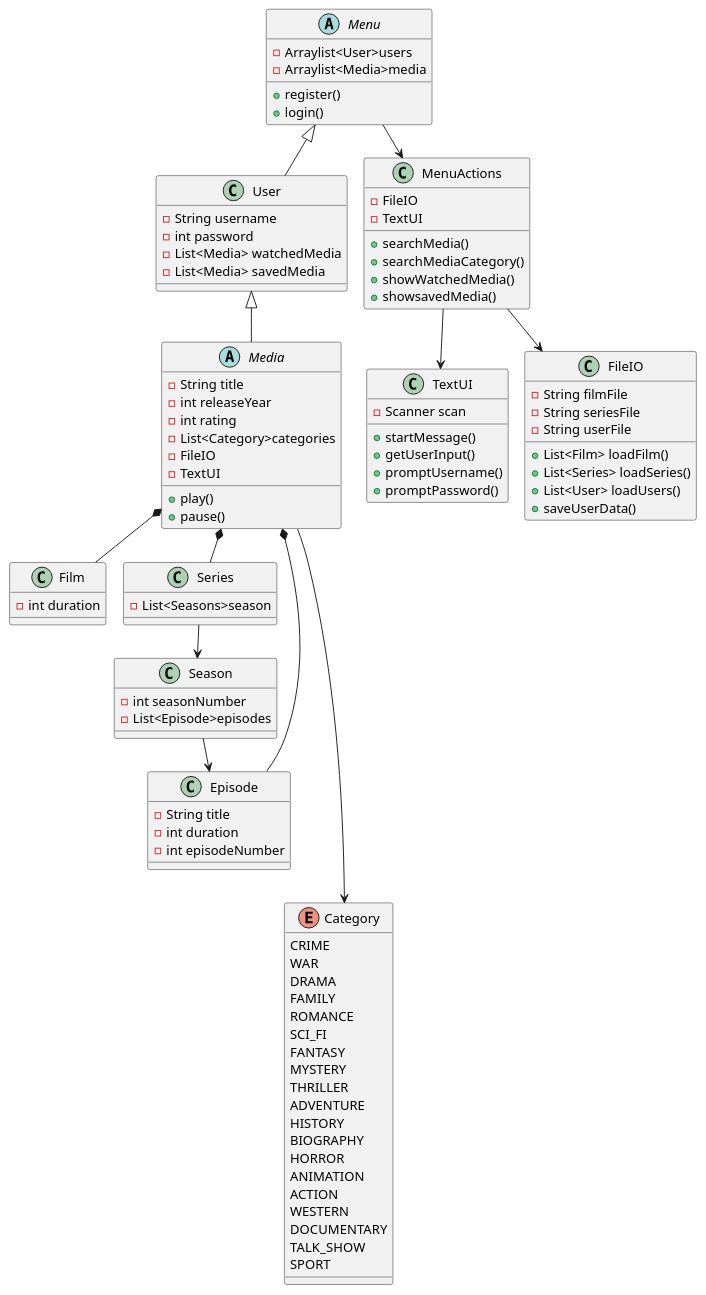
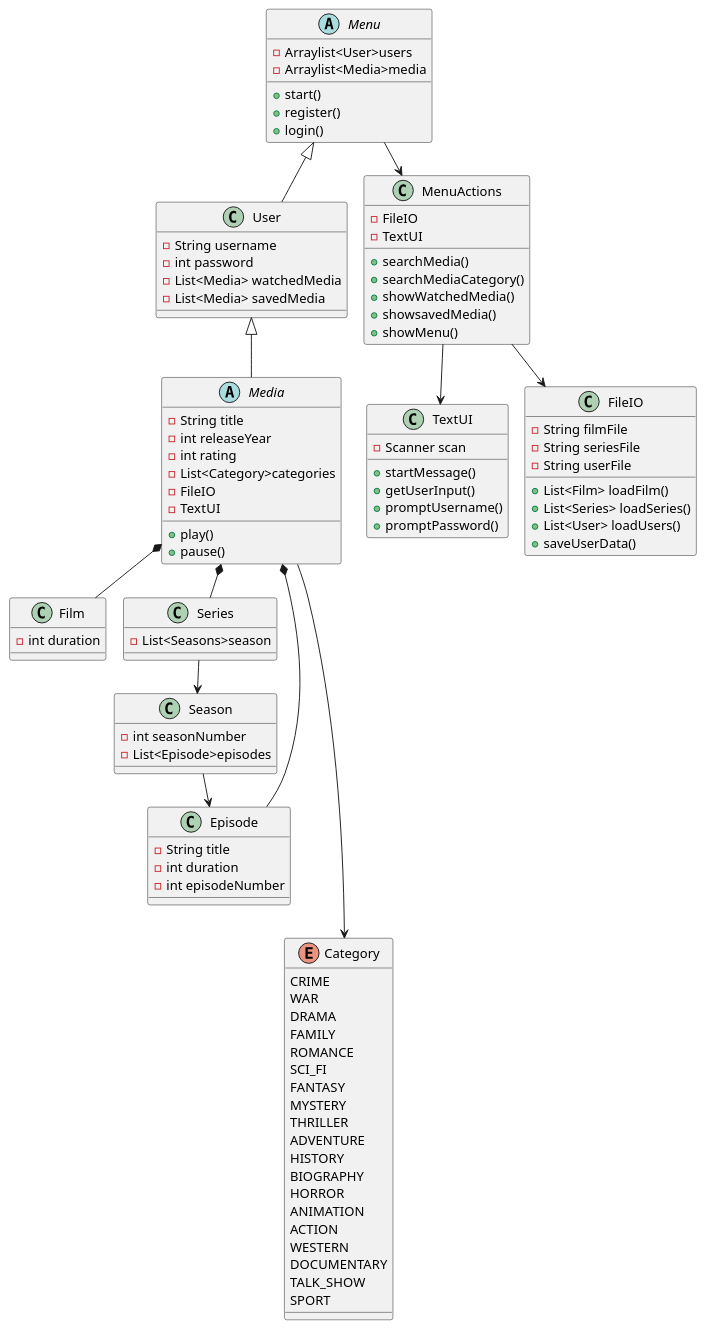
One commit to Gabbyskii/SP3 changed the diagram in doc/klassediagramv2.puml. Above: the diagram before and after it, drawn with PlantUML. The commit also changed 4 other files, not shown here.

Commit message:
klassediagram v2 update + menuactions methods

```diff
--- a/doc/klassediagramv2.puml
+++ b/doc/klassediagramv2.puml
@@ -1,117 +1,119 @@
 @startuml
 !pragma layout smetana
 'https://plantuml.com/class-diagram
 
 abstract class Media{
 -String title
 -int releaseYear
 -int rating
 -List<Category>categories
 -FileIO
 -TextUI
 + play()
 + pause()
 }
 
 abstract class Menu{
 -Arraylist<User>users
 -Arraylist<Media>media
++ start()
 + register()
 + login()
 }
 
 class User{
 -String username
 -int password
 -List<Media> watchedMedia
 -List<Media> savedMedia
 }
 
 class Film{
 -int duration
 }
 
 class MenuActions{
 -FileIO
 -TextUI
 + searchMedia()
 + searchMediaCategory()
 + showWatchedMedia()
 + showsavedMedia()
++ showMenu()
 }
 
 class Series{
 -List<Seasons>season
 }
 class Season{
 -int seasonNumber
 -List<Episode>episodes
 }
 class Episode{
 -String title
 -int duration
 -int episodeNumber
 }
 
 enum Category{
 CRIME
  WAR
  DRAMA
  FAMILY
  ROMANCE
  SCI_FI
  FANTASY
  MYSTERY
  THRILLER
  ADVENTURE
  HISTORY
  BIOGRAPHY
  HORROR
  ANIMATION
  ACTION
  WESTERN
  DOCUMENTARY
  TALK_SHOW
  SPORT
 }
 
 class FileIO{
 - String filmFile
 - String seriesFile
 - String userFile
 + List<Film> loadFilm()
 + List<Series> loadSeries()
 + List<User> loadUsers()
 + saveUserData()
 }
 
 class TextUI{
 - Scanner scan
 + startMessage()
 + getUserInput()
 + promptUsername()
 + promptPassword()
 }
 
 Media *-- Film
 Media *-- Series
 Series --> Season
 Season --> Episode
 User <|-- Media
 Menu <|-- User
 
 
 
 Menu --> MenuActions
 
 MenuActions --> FileIO
 MenuActions --> TextUI
 
 
 
 Episode --* Media
 Media -----> Category
 
 
 
 @enduml
```
